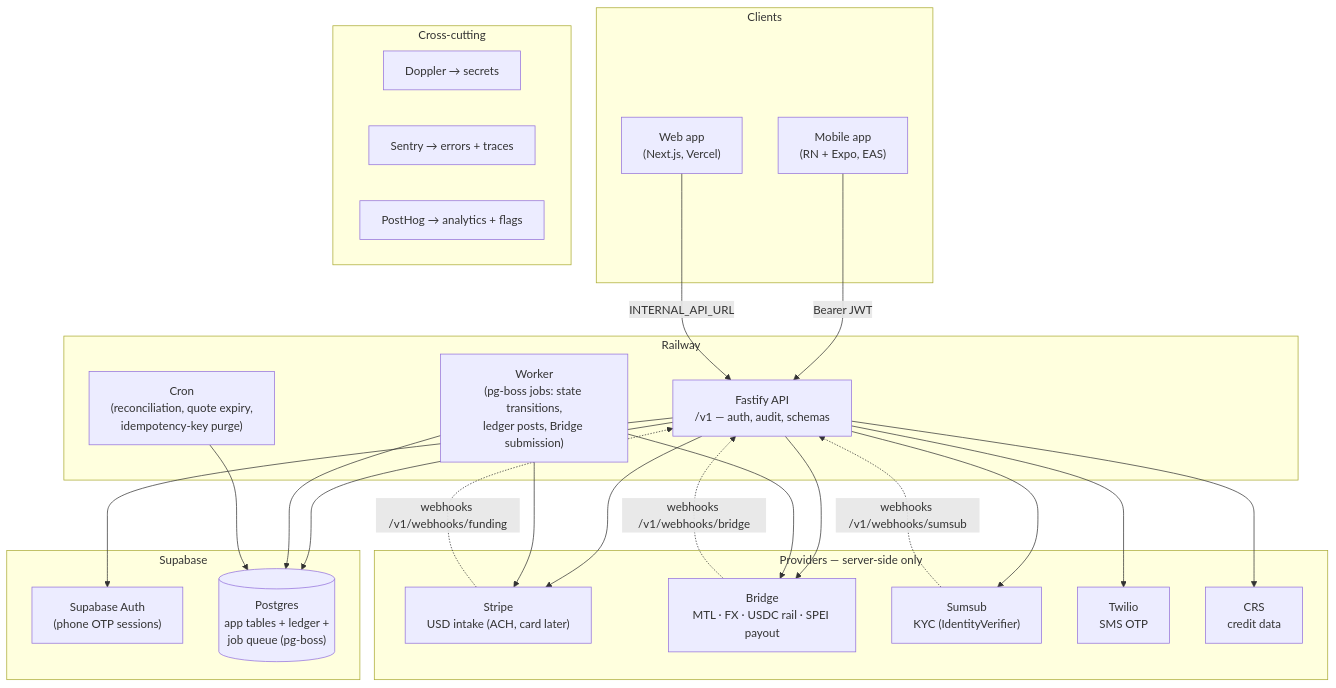
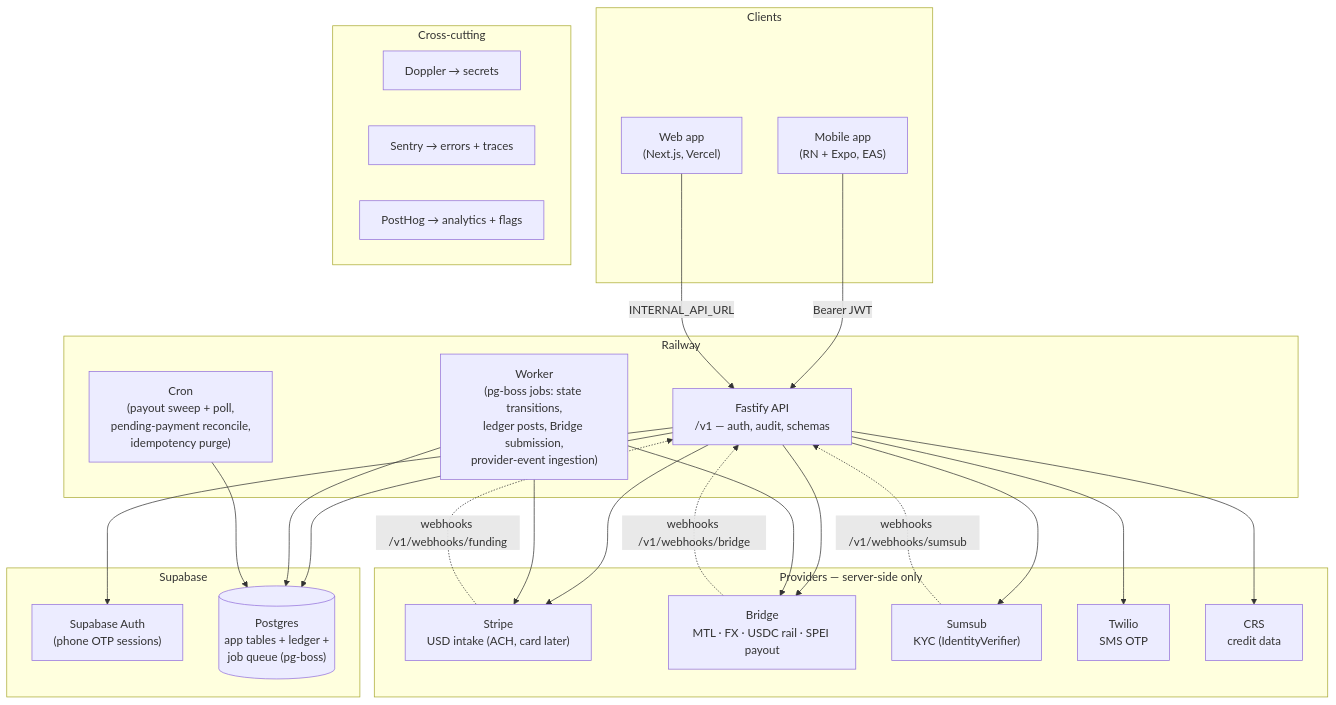
One commit to PuenteFinancial/PuenteApp changed the diagram in docs/architecture.md. Above: the diagram before and after it, drawn with Mermaid. The commit also changed other lines of this file and 14 other files, not shown here.

````diff
--- a/docs/architecture.md
+++ b/docs/architecture.md
@@ -14,47 +14,47 @@
 ```mermaid
 flowchart TB
     subgraph clients [Clients]
         mobile["Mobile app<br/>(RN + Expo, EAS)"]
         web["Web app<br/>(Next.js, Vercel)"]
     end
 
     subgraph railway [Railway]
         api["Fastify API<br/>/v1 — auth, audit, schemas"]
-        worker["Worker<br/>(pg-boss jobs: state transitions,<br/>ledger posts, Bridge submission)"]
-        cron["Cron<br/>(reconciliation, quote expiry,<br/>idempotency-key purge)"]
+        worker["Worker<br/>(pg-boss jobs: state transitions,<br/>ledger posts, Bridge submission,<br/>provider-event ingestion)"]
+        cron["Cron<br/>(payout sweep + poll,<br/>pending-payment reconcile,<br/>idempotency purge)"]
     end
 
     subgraph supabase [Supabase]
         auth["Supabase Auth<br/>(phone OTP sessions)"]
         pg[("Postgres<br/>app tables + ledger +<br/>job queue (pg-boss)")]
     end
 
     subgraph providers [Providers — server-side only]
         stripe["Stripe<br/>USD intake (ACH, card later)"]
         bridge["Bridge<br/>MTL · FX · USDC rail · SPEI payout"]
         sumsub["Sumsub<br/>KYC (IdentityVerifier)"]
         twilio["Twilio<br/>SMS OTP"]
         crs["CRS<br/>credit data"]
     end
 
     subgraph observability [Cross-cutting]
         doppler["Doppler → secrets"]
         sentry["Sentry → errors + traces"]
         posthog["PostHog → analytics + flags"]
     end
 
     mobile -->|Bearer JWT| api
     web -->|INTERNAL_API_URL| api
     api --> auth
     api --> pg
     worker --> pg
     cron --> pg
     api & worker --> stripe
     api & worker --> bridge
     api --> sumsub
     api --> twilio
     api --> crs
     stripe -.->|webhooks /v1/webhooks/funding| api
     bridge -.->|webhooks /v1/webhooks/bridge| api
     sumsub -.->|webhooks /v1/webhooks/sumsub| api
 ```
````
